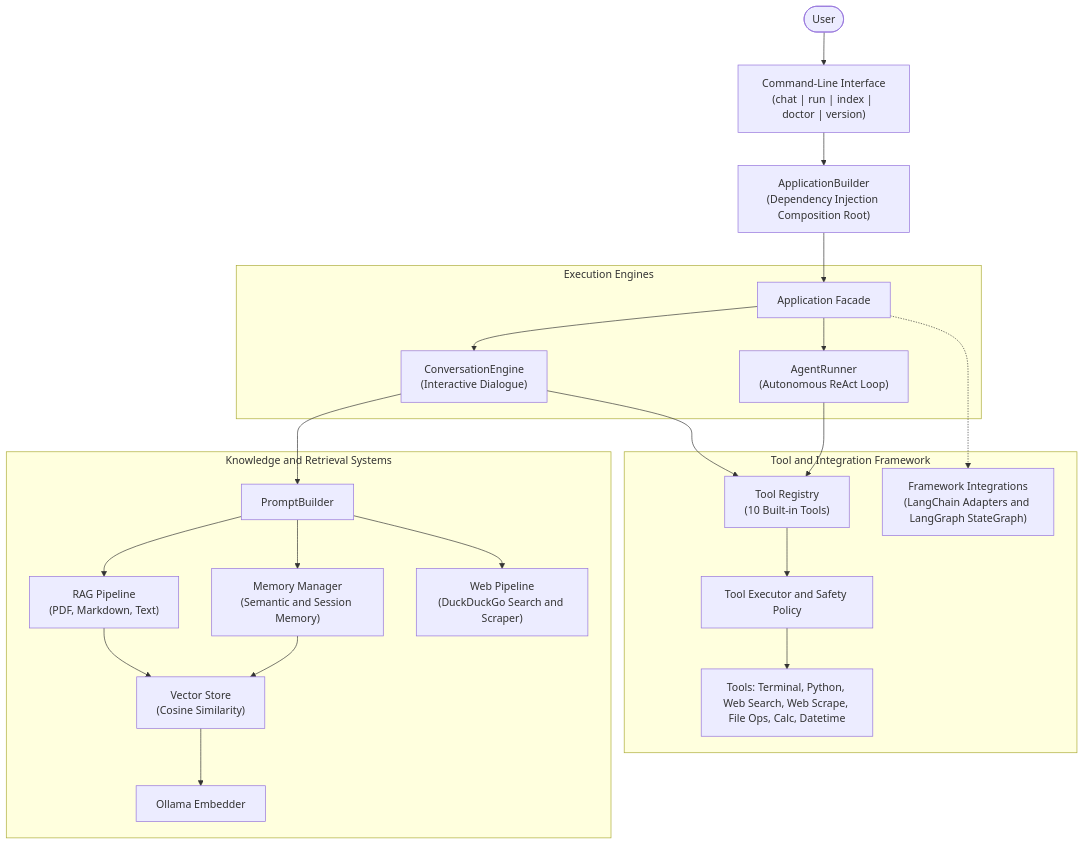
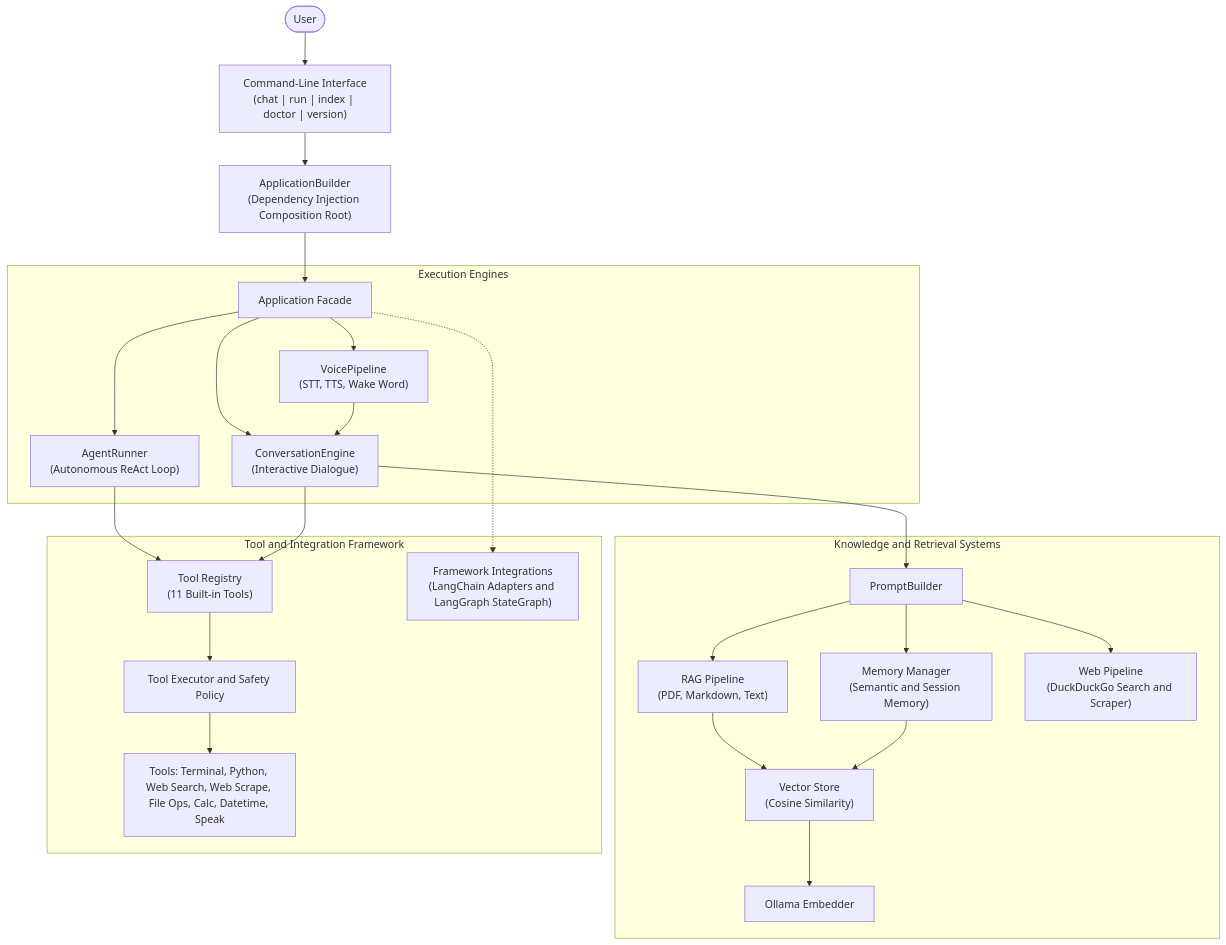
Before and after one commit to RishabGoel11/Aether: the diagram in README.md, drawn with Mermaid. The commit also changed other lines of this file and 32 other files, not shown here.

Commit message:
feat: Phase 9 - Voice Subsystem (STT, TTS, Wake Word, VoicePipeline, SpeakTool)

````diff
--- a/README.md
+++ b/README.md
@@ -255,29 +265,31 @@
 ```mermaid
 flowchart TD
     User([User]) --> CLI["Command-Line Interface<br/>(chat | run | index | doctor | version)"]
     CLI --> Builder["ApplicationBuilder<br/>(Dependency Injection Composition Root)"]
     Builder --> App["Application Facade"]
 
     subgraph Core ["Execution Engines"]
         App --> Engine["ConversationEngine<br/>(Interactive Dialogue)"]
         App --> Agent["AgentRunner<br/>(Autonomous ReAct Loop)"]
+        App --> Voice["VoicePipeline<br/>(STT, TTS, Wake Word)"]
+        Voice --> Engine
     end
 
     subgraph Intelligence ["Knowledge and Retrieval Systems"]
         Engine --> Prompt["PromptBuilder"]
         Prompt --> RAG["RAG Pipeline<br/>(PDF, Markdown, Text)"]
         Prompt --> Mem["Memory Manager<br/>(Semantic and Session Memory)"]
         Prompt --> Web["Web Pipeline<br/>(DuckDuckGo Search and Scraper)"]
         RAG --> VectorStore["Vector Store<br/>(Cosine Similarity)"]
         Mem --> VectorStore
         VectorStore --> Embedder["Ollama Embedder"]
     end
 
     subgraph Tools ["Tool and Integration Framework"]
-        Agent --> Registry["Tool Registry<br/>(10 Built-in Tools)"]
+        Agent --> Registry["Tool Registry<br/>(11 Built-in Tools)"]
         Engine --> Registry
         Registry --> Executor["Tool Executor and Safety Policy"]
-        Executor --> Builtins["Tools: Terminal, Python, Web Search, Web Scrape, File Ops, Calc, Datetime"]
+        Executor --> Builtins["Tools: Terminal, Python, Web Search, Web Scrape, File Ops, Calc, Datetime, Speak"]
         App -.-> Integrations["Framework Integrations<br/>(LangChain Adapters and LangGraph StateGraph)"]
     end
 ```
````
